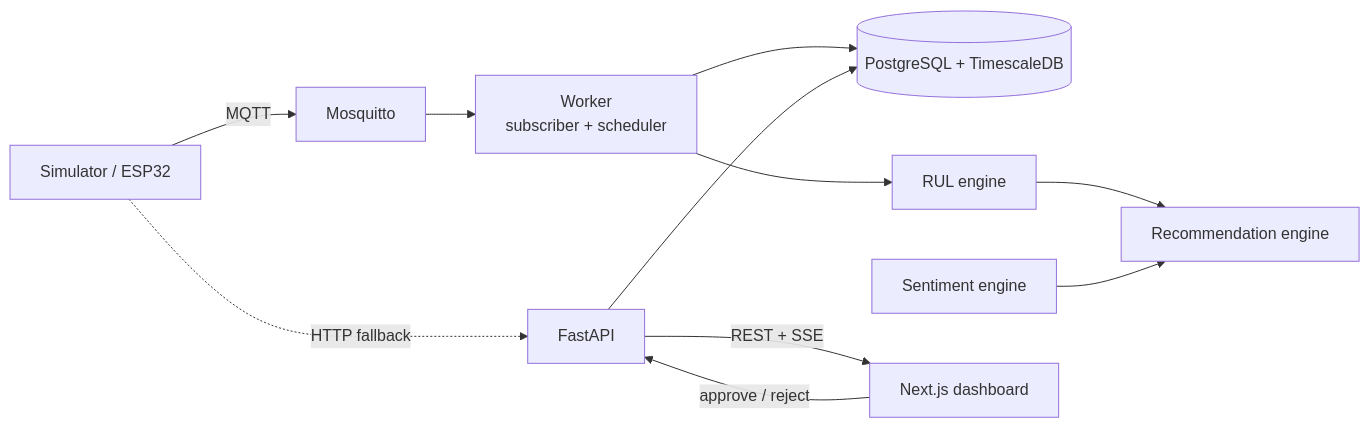
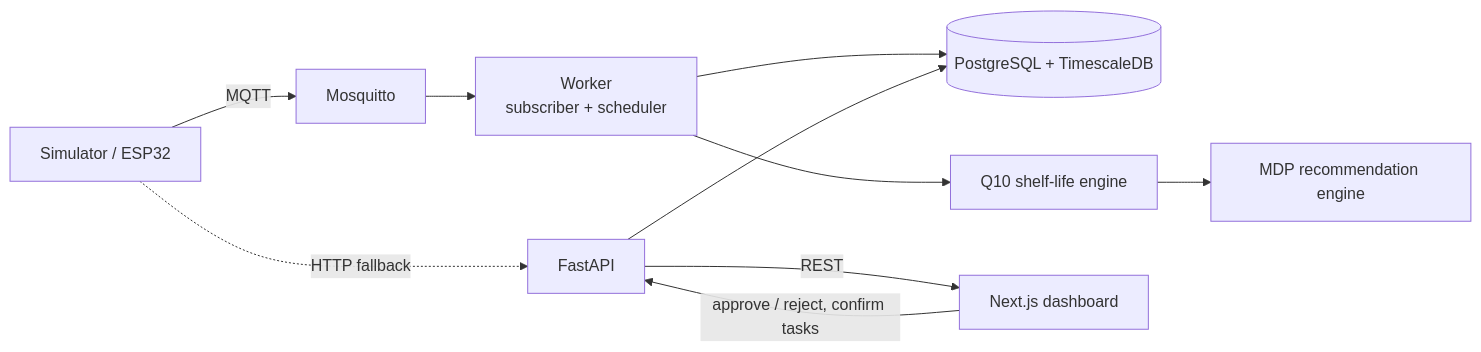
The diagram in README.md (JD-Code05/dyna-fefo), drawn with Mermaid before and after one commit. The commit also changed other lines of this file and 7 other files, not shown here.

````diff
--- a/README.md
+++ b/README.md
@@ -70,12 +71,11 @@
 ```mermaid
 flowchart LR
     SIM[Simulator / ESP32] -- MQTT --> MQ[Mosquitto]
     MQ --> WK[Worker<br/>subscriber + scheduler]
     SIM -. HTTP fallback .-> API[FastAPI]
     WK --> DB[(PostgreSQL + TimescaleDB)]
     API --> DB
-    WK --> RUL[RUL engine] --> REC[Recommendation engine]
-    NLP[Sentiment engine] --> REC
-    API -- REST + SSE --> FE[Next.js dashboard]
-    FE -- approve / reject --> API
+    WK --> RUL[Q10 shelf-life engine] --> MDP[MDP recommendation engine]
+    API -- REST --> FE[Next.js dashboard]
+    FE -- approve / reject, confirm tasks --> API
 ```
````
